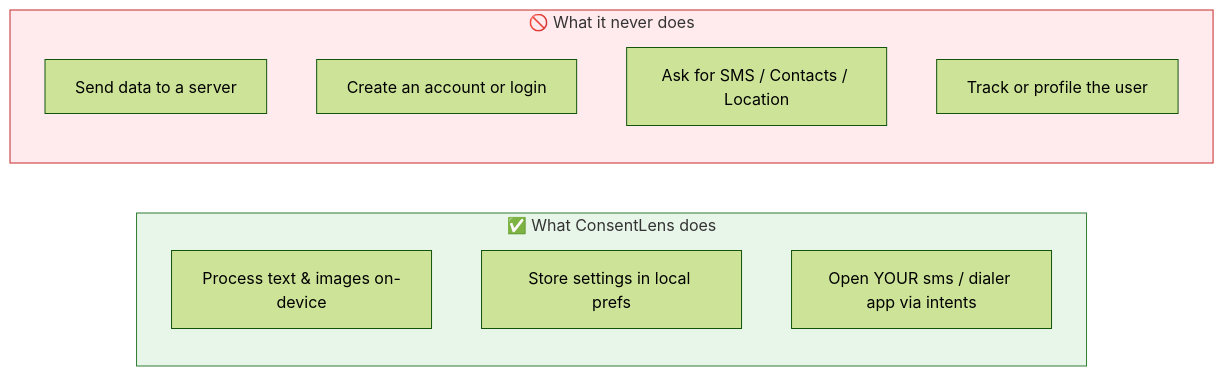
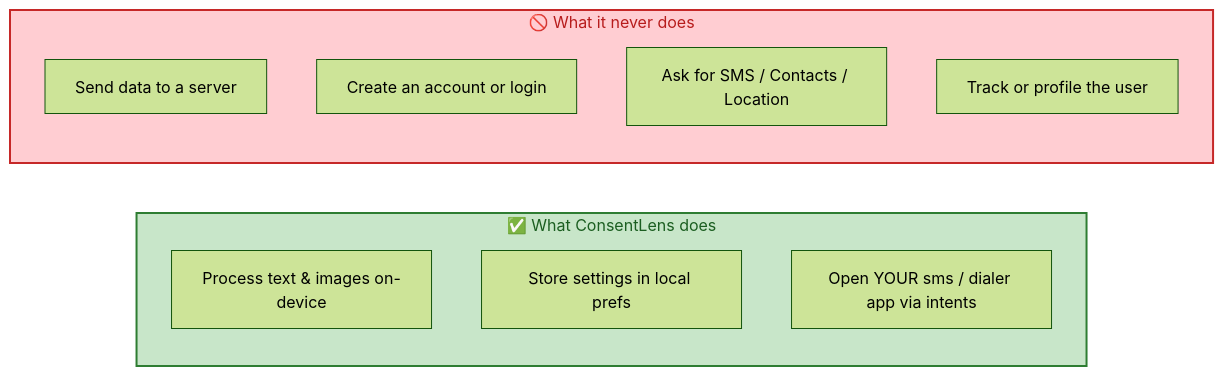
The sixth of 6 diagrams in README.md (Anbu-00001/ContextLens), drawn with Mermaid (forest theme) before and after one commit. The commit also changed other lines of this file, not shown here.

Commit message:
docs: refine mermaid diagram styling and contrast in README

````diff
--- a/README.md
+++ b/README.md
@@ -190,16 +190,16 @@
 ```mermaid
 flowchart LR
     subgraph YES["✅ What ConsentLens does"]
         A1["Process text & images on-device"]
         A2["Store settings in local prefs"]
         A3["Open YOUR sms / dialer app via intents"]
     end
     subgraph NO["🚫 What it never does"]
         B1["Send data to a server"]
         B2["Create an account or login"]
         B3["Ask for SMS / Contacts / Location"]
         B4["Track or profile the user"]
     end
-    style YES fill:#e8f5e9,stroke:#2e7d32
-    style NO fill:#ffebee,stroke:#c62828
+    style YES fill:#c8e6c9,stroke:#2e7d32,stroke-width:2px,color:#1b5e20
+    style NO fill:#ffcdd2,stroke:#c62828,stroke-width:2px,color:#b71c1c
 ```
````
